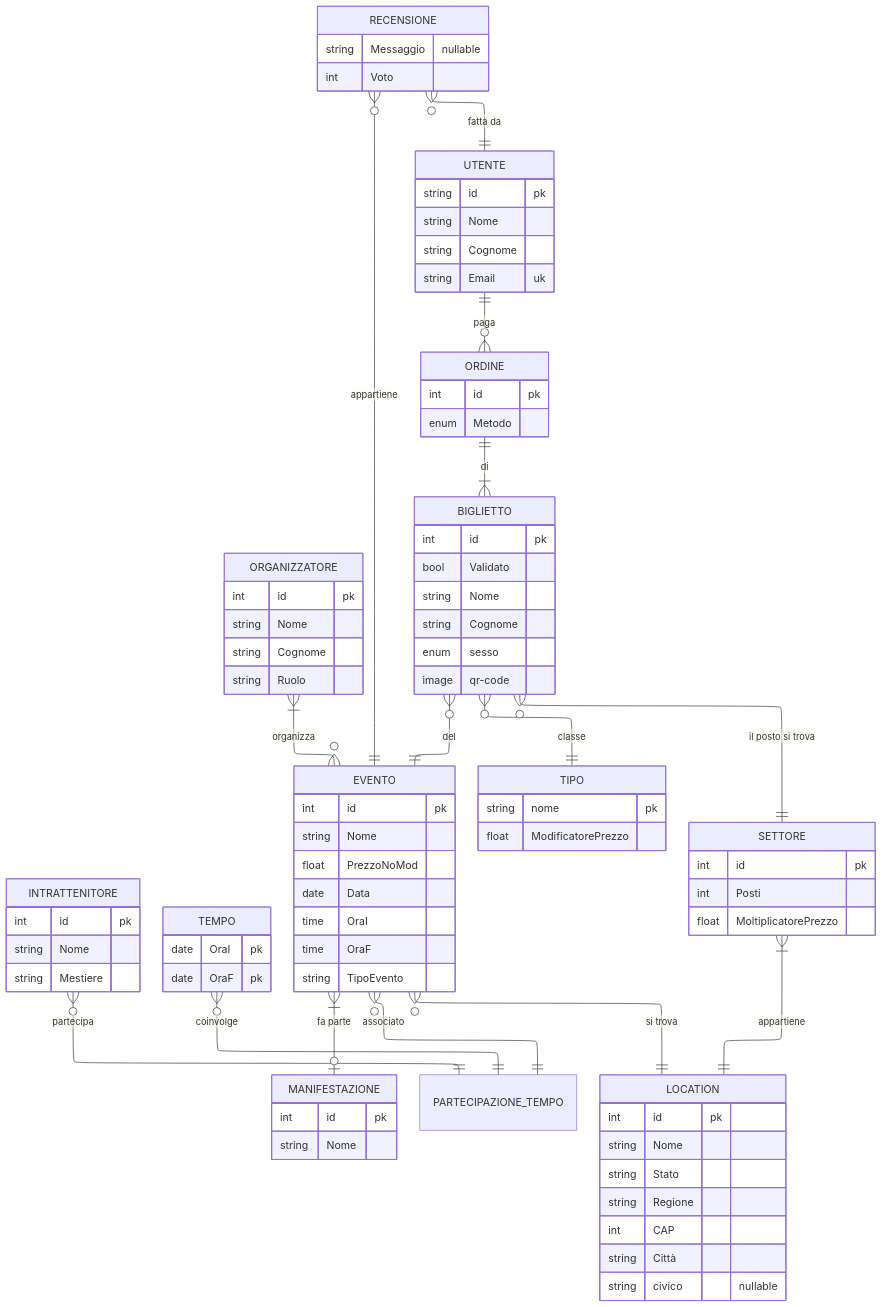
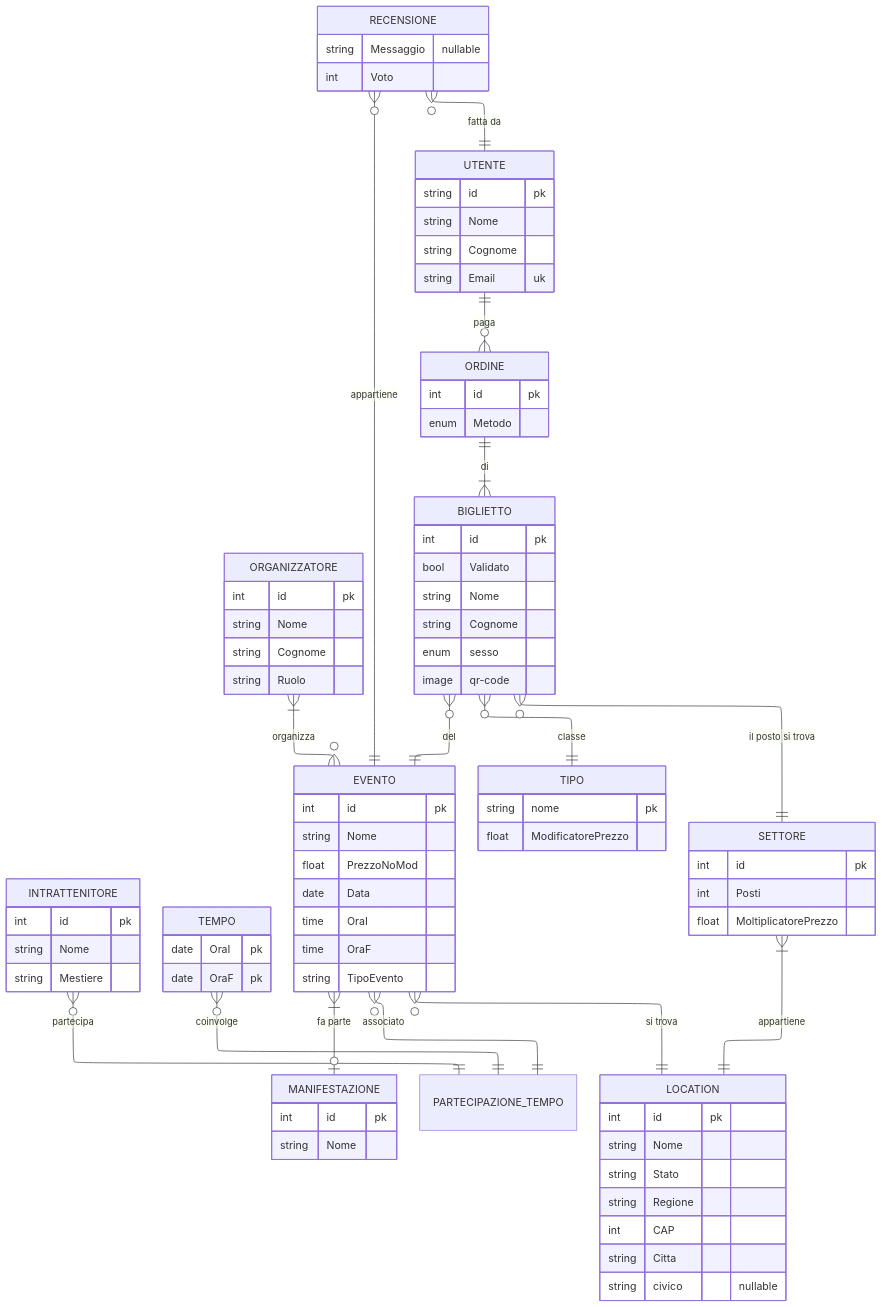
Before and after one commit to Mattix07/psychic-chainsaw: the diagram in README.md, drawn with Mermaid. The commit also changed other lines of this file and 1 other file, not shown here.

```diff
--- a/README.md
+++ b/README.md
@@ -93,7 +93,7 @@
         string Stato
         string Regione
         int CAP
-        string Città
+        string Citta
         string civico "nullable"
         %% )
     }
```
